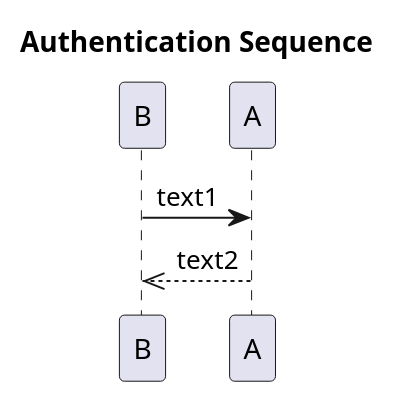
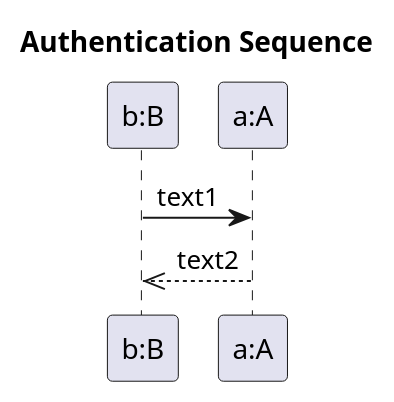
One commit to balazssimon/meta-cs changed the diagram in src/Examples/UmlExample/test1.wsd. Above: the diagram before and after it, drawn with PlantUML. The commit also changed 13 other files, not shown here.

Commit message:
WebSequenceDiagrams import

```diff
--- a/src/Examples/UmlExample/test1.wsd
+++ b/src/Examples/UmlExample/test1.wsd
@@ -1,4 +1,4 @@
 title Authentication Sequence
 
-B->A: text1
-A-->>B: text2
+"b:B"->"a:A": text1
+"a:A"-->>"b:B": text2
```
